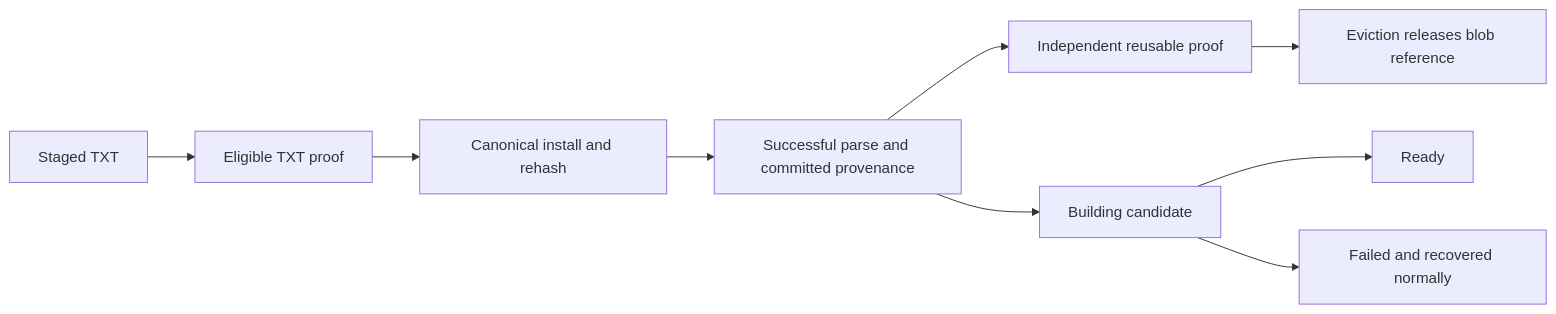
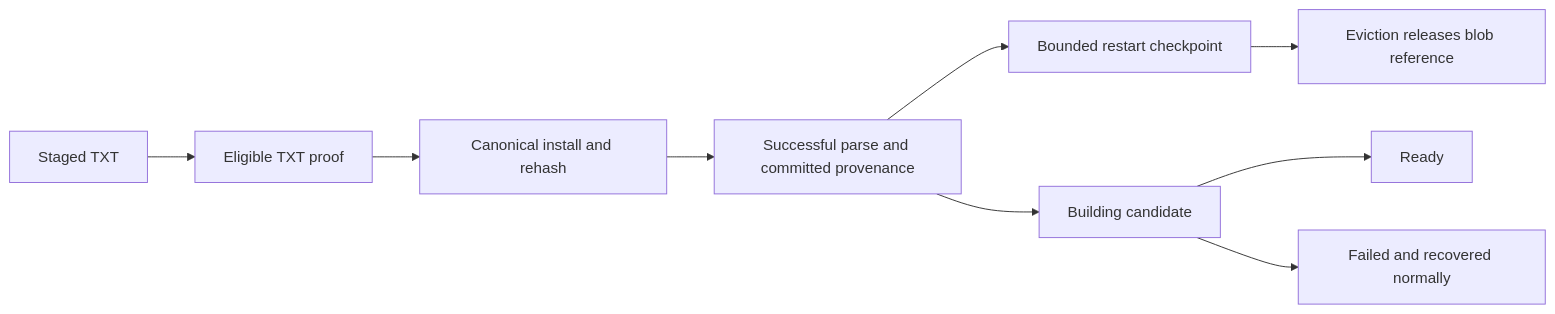
Before and after one commit to PublicData-stream/rfc-mcp-docker: the second of 2 diagrams in docs/ingestion.md, drawn with Mermaid. The commit also changed other lines of this file and 18 other files, not shown here.

````diff
--- a/docs/ingestion.md
+++ b/docs/ingestion.md
@@ -83,11 +83,11 @@
 ```mermaid
 flowchart LR
     A[Staged TXT] --> B[Eligible TXT proof]
     B --> C[Canonical install and rehash]
     C --> D[Successful parse and committed provenance]
-    D --> E[Independent reusable proof]
+    D --> E[Bounded restart checkpoint]
     D --> F[Building candidate]
     F --> G[Ready]
     F --> H[Failed and recovered normally]
     E --> I[Eviction releases blob reference]
 ```
````
